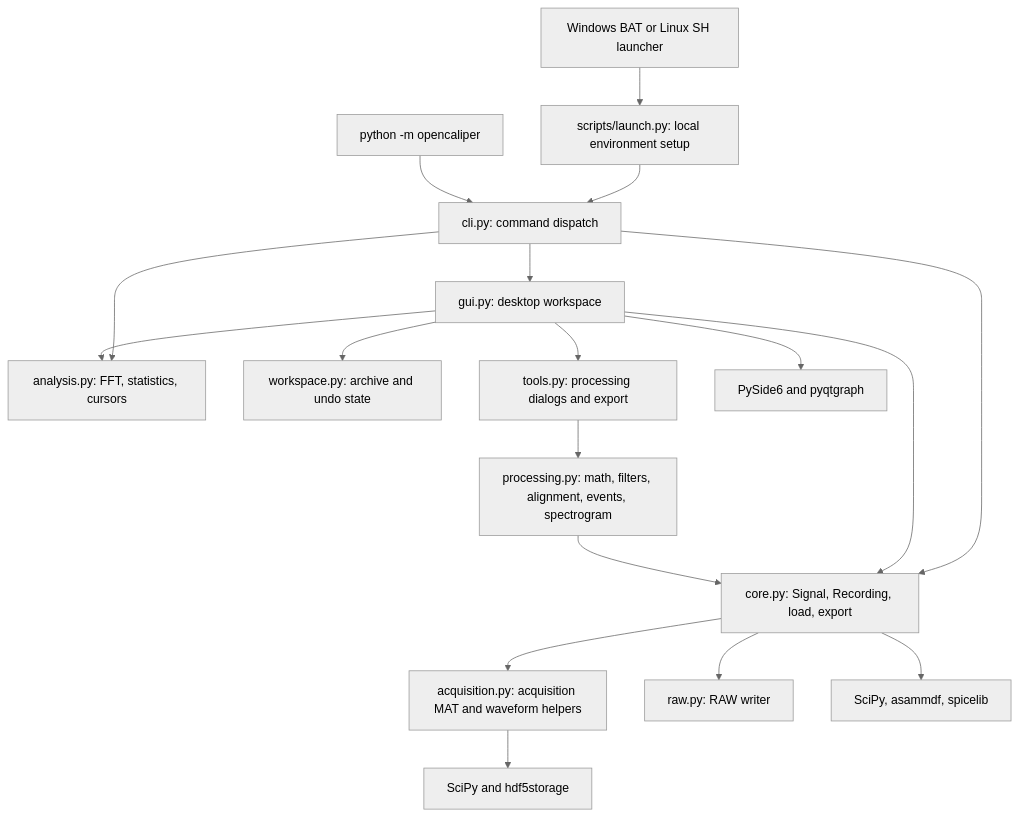
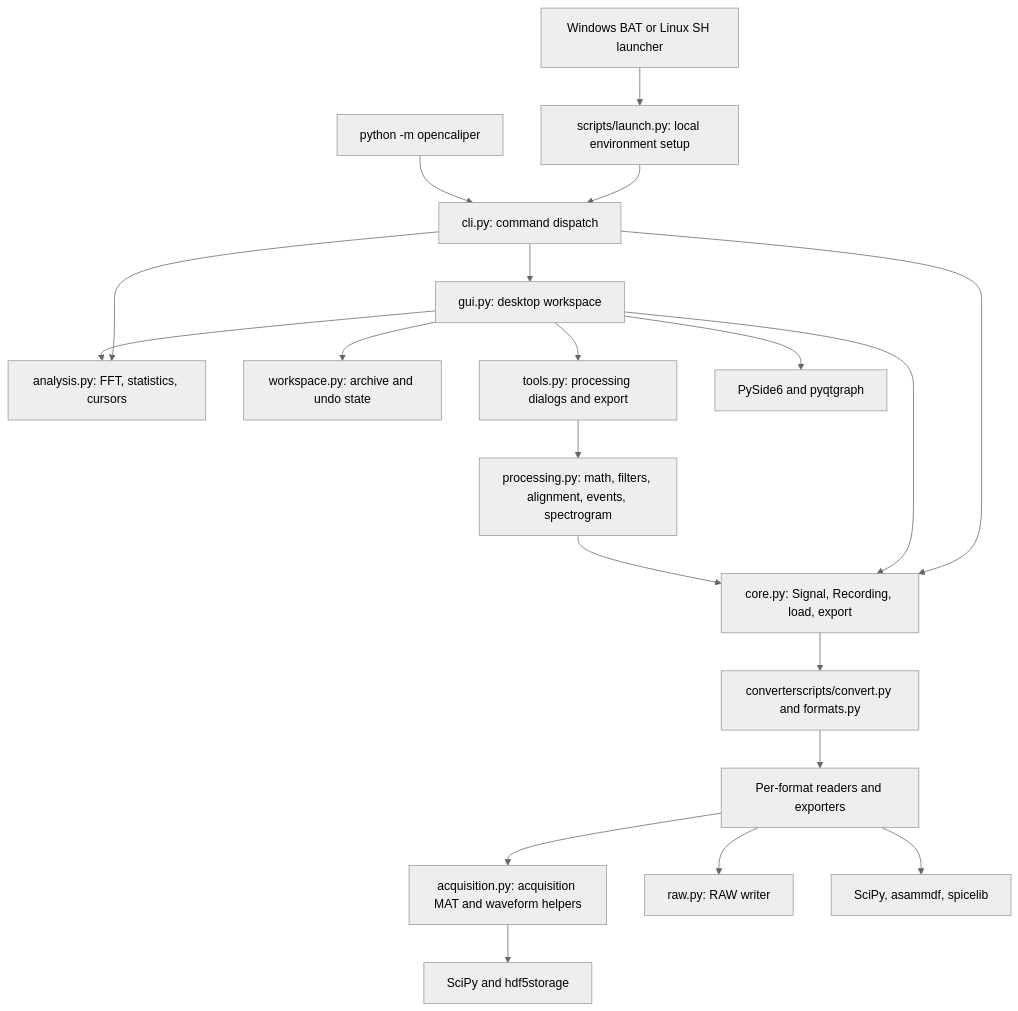
Before and after one commit to mrblackchris/opencaliper: the first of 3 diagrams in docs/ARCHITECTURE.md, drawn with Mermaid (neutral theme). The commit also changed other lines of this file and 51 other files, not shown here.

````diff
--- a/docs/ARCHITECTURE.md
+++ b/docs/ARCHITECTURE.md
@@ -15,20 +15,25 @@
 ```mermaid
 flowchart TD
     Start[Windows BAT or Linux SH launcher] --> Bootstrap[scripts/launch.py: local environment setup]
     Bootstrap --> CLI[cli.py: command dispatch]
     Module[python -m opencaliper] --> CLI
     CLI --> GUI[gui.py: desktop workspace]
     CLI --> Core[core.py: Signal, Recording, load, export]
+    Core --> Dispatch[converterscripts/convert.py and formats.py]
+    Dispatch --> Adapters[Per-format readers and exporters]
+    Adapters --> Acquisition
+    Adapters --> Raw
+    Adapters --> Libraries
     CLI --> Analysis[analysis.py: FFT, statistics, cursors]
     GUI --> Core
     GUI --> Workspace[workspace.py: archive and undo state]
     GUI --> Tools[tools.py: processing dialogs and export]
     Tools --> Processing[processing.py: math, filters, alignment, events, spectrogram]
     Processing --> Core
     GUI --> Analysis
-    Core --> Acquisition[acquisition.py: acquisition MAT and waveform helpers]
-    Core --> Raw[raw.py: RAW writer]
-    Core --> Libraries[SciPy, asammdf, spicelib]
+    Acquisition[acquisition.py: acquisition MAT and waveform helpers]
+    Raw[raw.py: RAW writer]
+    Libraries[SciPy, asammdf, spicelib]
     Acquisition --> MAT[SciPy and hdf5storage]
     GUI --> Qt[PySide6 and pyqtgraph]
 ```
````
